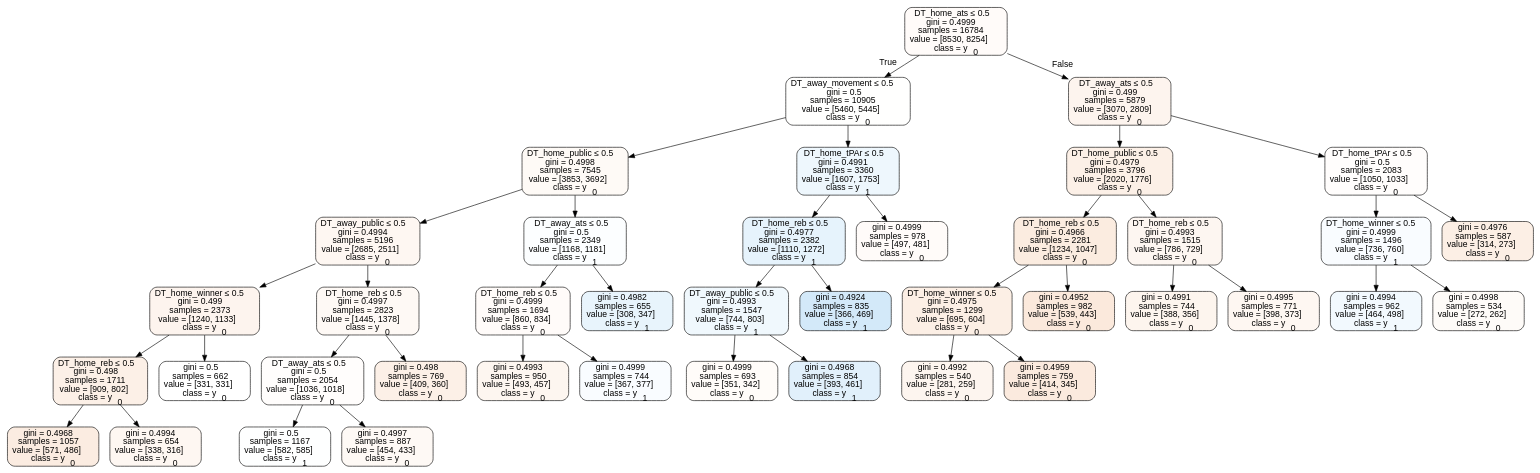
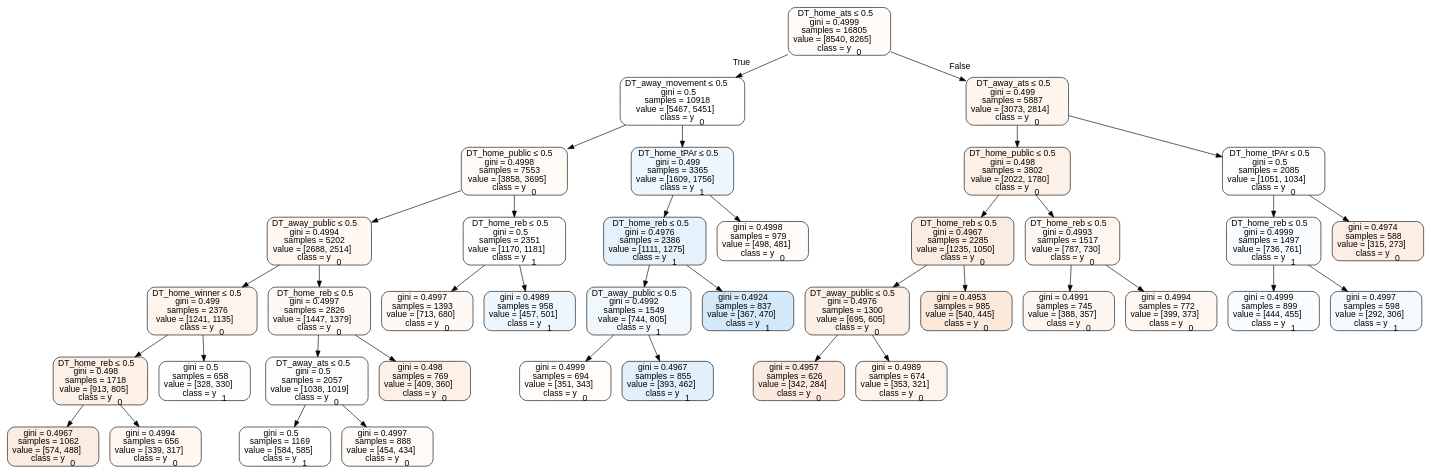
The diagram in tree_data/treehome.dot (usbogie/ncaa-bets), drawn with Graphviz before and after one commit. The commit also changed 32 other files, not shown here.

```diff
--- a/tree_data/treehome.dot
+++ b/tree_data/treehome.dot
@@ -1,85 +1,81 @@
 digraph Tree {
 node [shape=box, style="filled, rounded", color="black", fontname=helvetica] ;
 edge [fontname=helvetica] ;
-0 [label=<DT_home_ats &le; 0.5<br/>gini = 0.4999<br/>samples = 16784<br/>value = [8530, 8254]<br/>class = y<SUB>0</SUB>>, fillcolor="#e5813908"] ;
-1 [label=<DT_away_movement &le; 0.5<br/>gini = 0.5<br/>samples = 10905<br/>value = [5460, 5445]<br/>class = y<SUB>0</SUB>>, fillcolor="#e5813901"] ;
+0 [label=<DT_home_ats &le; 0.5<br/>gini = 0.4999<br/>samples = 16805<br/>value = [8540, 8265]<br/>class = y<SUB>0</SUB>>, fillcolor="#e5813908"] ;
+1 [label=<DT_away_movement &le; 0.5<br/>gini = 0.5<br/>samples = 10918<br/>value = [5467, 5451]<br/>class = y<SUB>0</SUB>>, fillcolor="#e5813901"] ;
 0 -> 1 [labeldistance=2.5, labelangle=45, headlabel="True"] ;
-2 [label=<DT_home_public &le; 0.5<br/>gini = 0.4998<br/>samples = 7545<br/>value = [3853, 3692]<br/>class = y<SUB>0</SUB>>, fillcolor="#e581390b"] ;
+2 [label=<DT_home_public &le; 0.5<br/>gini = 0.4998<br/>samples = 7553<br/>value = [3858, 3695]<br/>class = y<SUB>0</SUB>>, fillcolor="#e581390b"] ;
 1 -> 2 ;
-3 [label=<DT_away_public &le; 0.5<br/>gini = 0.4994<br/>samples = 5196<br/>value = [2685, 2511]<br/>class = y<SUB>0</SUB>>, fillcolor="#e5813911"] ;
+3 [label=<DT_away_public &le; 0.5<br/>gini = 0.4994<br/>samples = 5202<br/>value = [2688, 2514]<br/>class = y<SUB>0</SUB>>, fillcolor="#e5813911"] ;
 2 -> 3 ;
-4 [label=<DT_home_winner &le; 0.5<br/>gini = 0.499<br/>samples = 2373<br/>value = [1240, 1133]<br/>class = y<SUB>0</SUB>>, fillcolor="#e5813916"] ;
+4 [label=<DT_home_winner &le; 0.5<br/>gini = 0.499<br/>samples = 2376<br/>value = [1241, 1135]<br/>class = y<SUB>0</SUB>>, fillcolor="#e5813916"] ;
 3 -> 4 ;
-5 [label=<DT_home_reb &le; 0.5<br/>gini = 0.498<br/>samples = 1711<br/>value = [909, 802]<br/>class = y<SUB>0</SUB>>, fillcolor="#e581391e"] ;
+5 [label=<DT_home_reb &le; 0.5<br/>gini = 0.498<br/>samples = 1718<br/>value = [913, 805]<br/>class = y<SUB>0</SUB>>, fillcolor="#e581391e"] ;
 4 -> 5 ;
-6 [label=<gini = 0.4968<br/>samples = 1057<br/>value = [571, 486]<br/>class = y<SUB>0</SUB>>, fillcolor="#e5813926"] ;
+6 [label=<gini = 0.4967<br/>samples = 1062<br/>value = [574, 488]<br/>class = y<SUB>0</SUB>>, fillcolor="#e5813926"] ;
 5 -> 6 ;
-7 [label=<gini = 0.4994<br/>samples = 654<br/>value = [338, 316]<br/>class = y<SUB>0</SUB>>, fillcolor="#e5813911"] ;
+7 [label=<gini = 0.4994<br/>samples = 656<br/>value = [339, 317]<br/>class = y<SUB>0</SUB>>, fillcolor="#e5813911"] ;
 5 -> 7 ;
-8 [label=<gini = 0.5<br/>samples = 662<br/>value = [331, 331]<br/>class = y<SUB>0</SUB>>, fillcolor="#e5813900"] ;
+8 [label=<gini = 0.5<br/>samples = 658<br/>value = [328, 330]<br/>class = y<SUB>1</SUB>>, fillcolor="#399de502"] ;
 4 -> 8 ;
-9 [label=<DT_home_reb &le; 0.5<br/>gini = 0.4997<br/>samples = 2823<br/>value = [1445, 1378]<br/>class = y<SUB>0</SUB>>, fillcolor="#e581390c"] ;
+9 [label=<DT_home_reb &le; 0.5<br/>gini = 0.4997<br/>samples = 2826<br/>value = [1447, 1379]<br/>class = y<SUB>0</SUB>>, fillcolor="#e581390c"] ;
 3 -> 9 ;
-10 [label=<DT_away_ats &le; 0.5<br/>gini = 0.5<br/>samples = 2054<br/>value = [1036, 1018]<br/>class = y<SUB>0</SUB>>, fillcolor="#e5813904"] ;
+10 [label=<DT_away_ats &le; 0.5<br/>gini = 0.5<br/>samples = 2057<br/>value = [1038, 1019]<br/>class = y<SUB>0</SUB>>, fillcolor="#e5813905"] ;
 9 -> 10 ;
-11 [label=<gini = 0.5<br/>samples = 1167<br/>value = [582, 585]<br/>class = y<SUB>1</SUB>>, fillcolor="#399de501"] ;
+11 [label=<gini = 0.5<br/>samples = 1169<br/>value = [584, 585]<br/>class = y<SUB>1</SUB>>, fillcolor="#399de500"] ;
 10 -> 11 ;
-12 [label=<gini = 0.4997<br/>samples = 887<br/>value = [454, 433]<br/>class = y<SUB>0</SUB>>, fillcolor="#e581390c"] ;
+12 [label=<gini = 0.4997<br/>samples = 888<br/>value = [454, 434]<br/>class = y<SUB>0</SUB>>, fillcolor="#e581390b"] ;
 10 -> 12 ;
 13 [label=<gini = 0.498<br/>samples = 769<br/>value = [409, 360]<br/>class = y<SUB>0</SUB>>, fillcolor="#e581391f"] ;
 9 -> 13 ;
-14 [label=<DT_away_ats &le; 0.5<br/>gini = 0.5<br/>samples = 2349<br/>value = [1168, 1181]<br/>class = y<SUB>1</SUB>>, fillcolor="#399de503"] ;
+14 [label=<DT_home_reb &le; 0.5<br/>gini = 0.5<br/>samples = 2351<br/>value = [1170, 1181]<br/>class = y<SUB>1</SUB>>, fillcolor="#399de502"] ;
 2 -> 14 ;
-15 [label=<DT_home_reb &le; 0.5<br/>gini = 0.4999<br/>samples = 1694<br/>value = [860, 834]<br/>class = y<SUB>0</SUB>>, fillcolor="#e5813908"] ;
+15 [label=<gini = 0.4997<br/>samples = 1393<br/>value = [713, 680]<br/>class = y<SUB>0</SUB>>, fillcolor="#e581390c"] ;
 14 -> 15 ;
-16 [label=<gini = 0.4993<br/>samples = 950<br/>value = [493, 457]<br/>class = y<SUB>0</SUB>>, fillcolor="#e5813913"] ;
-15 -> 16 ;
-17 [label=<gini = 0.4999<br/>samples = 744<br/>value = [367, 377]<br/>class = y<SUB>1</SUB>>, fillcolor="#399de507"] ;
-15 -> 17 ;
-18 [label=<gini = 0.4982<br/>samples = 655<br/>value = [308, 347]<br/>class = y<SUB>1</SUB>>, fillcolor="#399de51d"] ;
-14 -> 18 ;
-19 [label=<DT_home_tPAr &le; 0.5<br/>gini = 0.4991<br/>samples = 3360<br/>value = [1607, 1753]<br/>class = y<SUB>1</SUB>>, fillcolor="#399de515"] ;
-1 -> 19 ;
-20 [label=<DT_home_reb &le; 0.5<br/>gini = 0.4977<br/>samples = 2382<br/>value = [1110, 1272]<br/>class = y<SUB>1</SUB>>, fillcolor="#399de520"] ;
+16 [label=<gini = 0.4989<br/>samples = 958<br/>value = [457, 501]<br/>class = y<SUB>1</SUB>>, fillcolor="#399de516"] ;
+14 -> 16 ;
+17 [label=<DT_home_tPAr &le; 0.5<br/>gini = 0.499<br/>samples = 3365<br/>value = [1609, 1756]<br/>class = y<SUB>1</SUB>>, fillcolor="#399de515"] ;
+1 -> 17 ;
+18 [label=<DT_home_reb &le; 0.5<br/>gini = 0.4976<br/>samples = 2386<br/>value = [1111, 1275]<br/>class = y<SUB>1</SUB>>, fillcolor="#399de521"] ;
+17 -> 18 ;
+19 [label=<DT_away_public &le; 0.5<br/>gini = 0.4992<br/>samples = 1549<br/>value = [744, 805]<br/>class = y<SUB>1</SUB>>, fillcolor="#399de513"] ;
+18 -> 19 ;
+20 [label=<gini = 0.4999<br/>samples = 694<br/>value = [351, 343]<br/>class = y<SUB>0</SUB>>, fillcolor="#e5813906"] ;
 19 -> 20 ;
-21 [label=<DT_away_public &le; 0.5<br/>gini = 0.4993<br/>samples = 1547<br/>value = [744, 803]<br/>class = y<SUB>1</SUB>>, fillcolor="#399de513"] ;
-20 -> 21 ;
-22 [label=<gini = 0.4999<br/>samples = 693<br/>value = [351, 342]<br/>class = y<SUB>0</SUB>>, fillcolor="#e5813907"] ;
-21 -> 22 ;
-23 [label=<gini = 0.4968<br/>samples = 854<br/>value = [393, 461]<br/>class = y<SUB>1</SUB>>, fillcolor="#399de526"] ;
-21 -> 23 ;
-24 [label=<gini = 0.4924<br/>samples = 835<br/>value = [366, 469]<br/>class = y<SUB>1</SUB>>, fillcolor="#399de538"] ;
-20 -> 24 ;
-25 [label=<gini = 0.4999<br/>samples = 978<br/>value = [497, 481]<br/>class = y<SUB>0</SUB>>, fillcolor="#e5813908"] ;
-19 -> 25 ;
-26 [label=<DT_away_ats &le; 0.5<br/>gini = 0.499<br/>samples = 5879<br/>value = [3070, 2809]<br/>class = y<SUB>0</SUB>>, fillcolor="#e5813916"] ;
-0 -> 26 [labeldistance=2.5, labelangle=-45, headlabel="False"] ;
-27 [label=<DT_home_public &le; 0.5<br/>gini = 0.4979<br/>samples = 3796<br/>value = [2020, 1776]<br/>class = y<SUB>0</SUB>>, fillcolor="#e581391f"] ;
+21 [label=<gini = 0.4967<br/>samples = 855<br/>value = [393, 462]<br/>class = y<SUB>1</SUB>>, fillcolor="#399de526"] ;
+19 -> 21 ;
+22 [label=<gini = 0.4924<br/>samples = 837<br/>value = [367, 470]<br/>class = y<SUB>1</SUB>>, fillcolor="#399de538"] ;
+18 -> 22 ;
+23 [label=<gini = 0.4998<br/>samples = 979<br/>value = [498, 481]<br/>class = y<SUB>0</SUB>>, fillcolor="#e5813909"] ;
+17 -> 23 ;
+24 [label=<DT_away_ats &le; 0.5<br/>gini = 0.499<br/>samples = 5887<br/>value = [3073, 2814]<br/>class = y<SUB>0</SUB>>, fillcolor="#e5813915"] ;
+0 -> 24 [labeldistance=2.5, labelangle=-45, headlabel="False"] ;
+25 [label=<DT_home_public &le; 0.5<br/>gini = 0.498<br/>samples = 3802<br/>value = [2022, 1780]<br/>class = y<SUB>0</SUB>>, fillcolor="#e581391f"] ;
+24 -> 25 ;
+26 [label=<DT_home_reb &le; 0.5<br/>gini = 0.4967<br/>samples = 2285<br/>value = [1235, 1050]<br/>class = y<SUB>0</SUB>>, fillcolor="#e5813926"] ;
+25 -> 26 ;
+27 [label=<DT_away_public &le; 0.5<br/>gini = 0.4976<br/>samples = 1300<br/>value = [695, 605]<br/>class = y<SUB>0</SUB>>, fillcolor="#e5813921"] ;
 26 -> 27 ;
-28 [label=<DT_home_reb &le; 0.5<br/>gini = 0.4966<br/>samples = 2281<br/>value = [1234, 1047]<br/>class = y<SUB>0</SUB>>, fillcolor="#e5813927"] ;
+28 [label=<gini = 0.4957<br/>samples = 626<br/>value = [342, 284]<br/>class = y<SUB>0</SUB>>, fillcolor="#e581392b"] ;
 27 -> 28 ;
-29 [label=<DT_home_winner &le; 0.5<br/>gini = 0.4975<br/>samples = 1299<br/>value = [695, 604]<br/>class = y<SUB>0</SUB>>, fillcolor="#e5813921"] ;
-28 -> 29 ;
-30 [label=<gini = 0.4992<br/>samples = 540<br/>value = [281, 259]<br/>class = y<SUB>0</SUB>>, fillcolor="#e5813914"] ;
-29 -> 30 ;
-31 [label=<gini = 0.4959<br/>samples = 759<br/>value = [414, 345]<br/>class = y<SUB>0</SUB>>, fillcolor="#e581392a"] ;
-29 -> 31 ;
-32 [label=<gini = 0.4952<br/>samples = 982<br/>value = [539, 443]<br/>class = y<SUB>0</SUB>>, fillcolor="#e581392d"] ;
-28 -> 32 ;
-33 [label=<DT_home_reb &le; 0.5<br/>gini = 0.4993<br/>samples = 1515<br/>value = [786, 729]<br/>class = y<SUB>0</SUB>>, fillcolor="#e5813912"] ;
-27 -> 33 ;
-34 [label=<gini = 0.4991<br/>samples = 744<br/>value = [388, 356]<br/>class = y<SUB>0</SUB>>, fillcolor="#e5813915"] ;
-33 -> 34 ;
-35 [label=<gini = 0.4995<br/>samples = 771<br/>value = [398, 373]<br/>class = y<SUB>0</SUB>>, fillcolor="#e5813910"] ;
-33 -> 35 ;
-36 [label=<DT_home_tPAr &le; 0.5<br/>gini = 0.5<br/>samples = 2083<br/>value = [1050, 1033]<br/>class = y<SUB>0</SUB>>, fillcolor="#e5813904"] ;
-26 -> 36 ;
-37 [label=<DT_home_winner &le; 0.5<br/>gini = 0.4999<br/>samples = 1496<br/>value = [736, 760]<br/>class = y<SUB>1</SUB>>, fillcolor="#399de508"] ;
-36 -> 37 ;
-38 [label=<gini = 0.4994<br/>samples = 962<br/>value = [464, 498]<br/>class = y<SUB>1</SUB>>, fillcolor="#399de511"] ;
-37 -> 38 ;
-39 [label=<gini = 0.4998<br/>samples = 534<br/>value = [272, 262]<br/>class = y<SUB>0</SUB>>, fillcolor="#e5813909"] ;
-37 -> 39 ;
-40 [label=<gini = 0.4976<br/>samples = 587<br/>value = [314, 273]<br/>class = y<SUB>0</SUB>>, fillcolor="#e5813921"] ;
-36 -> 40 ;
+29 [label=<gini = 0.4989<br/>samples = 674<br/>value = [353, 321]<br/>class = y<SUB>0</SUB>>, fillcolor="#e5813917"] ;
+27 -> 29 ;
+30 [label=<gini = 0.4953<br/>samples = 985<br/>value = [540, 445]<br/>class = y<SUB>0</SUB>>, fillcolor="#e581392d"] ;
+26 -> 30 ;
+31 [label=<DT_home_reb &le; 0.5<br/>gini = 0.4993<br/>samples = 1517<br/>value = [787, 730]<br/>class = y<SUB>0</SUB>>, fillcolor="#e5813912"] ;
+25 -> 31 ;
+32 [label=<gini = 0.4991<br/>samples = 745<br/>value = [388, 357]<br/>class = y<SUB>0</SUB>>, fillcolor="#e5813914"] ;
+31 -> 32 ;
+33 [label=<gini = 0.4994<br/>samples = 772<br/>value = [399, 373]<br/>class = y<SUB>0</SUB>>, fillcolor="#e5813911"] ;
+31 -> 33 ;
+34 [label=<DT_home_tPAr &le; 0.5<br/>gini = 0.5<br/>samples = 2085<br/>value = [1051, 1034]<br/>class = y<SUB>0</SUB>>, fillcolor="#e5813904"] ;
+24 -> 34 ;
+35 [label=<DT_home_reb &le; 0.5<br/>gini = 0.4999<br/>samples = 1497<br/>value = [736, 761]<br/>class = y<SUB>1</SUB>>, fillcolor="#399de508"] ;
+34 -> 35 ;
+36 [label=<gini = 0.4999<br/>samples = 899<br/>value = [444, 455]<br/>class = y<SUB>1</SUB>>, fillcolor="#399de506"] ;
+35 -> 36 ;
+37 [label=<gini = 0.4997<br/>samples = 598<br/>value = [292, 306]<br/>class = y<SUB>1</SUB>>, fillcolor="#399de50c"] ;
+35 -> 37 ;
+38 [label=<gini = 0.4974<br/>samples = 588<br/>value = [315, 273]<br/>class = y<SUB>0</SUB>>, fillcolor="#e5813922"] ;
+34 -> 38 ;
 }
```
